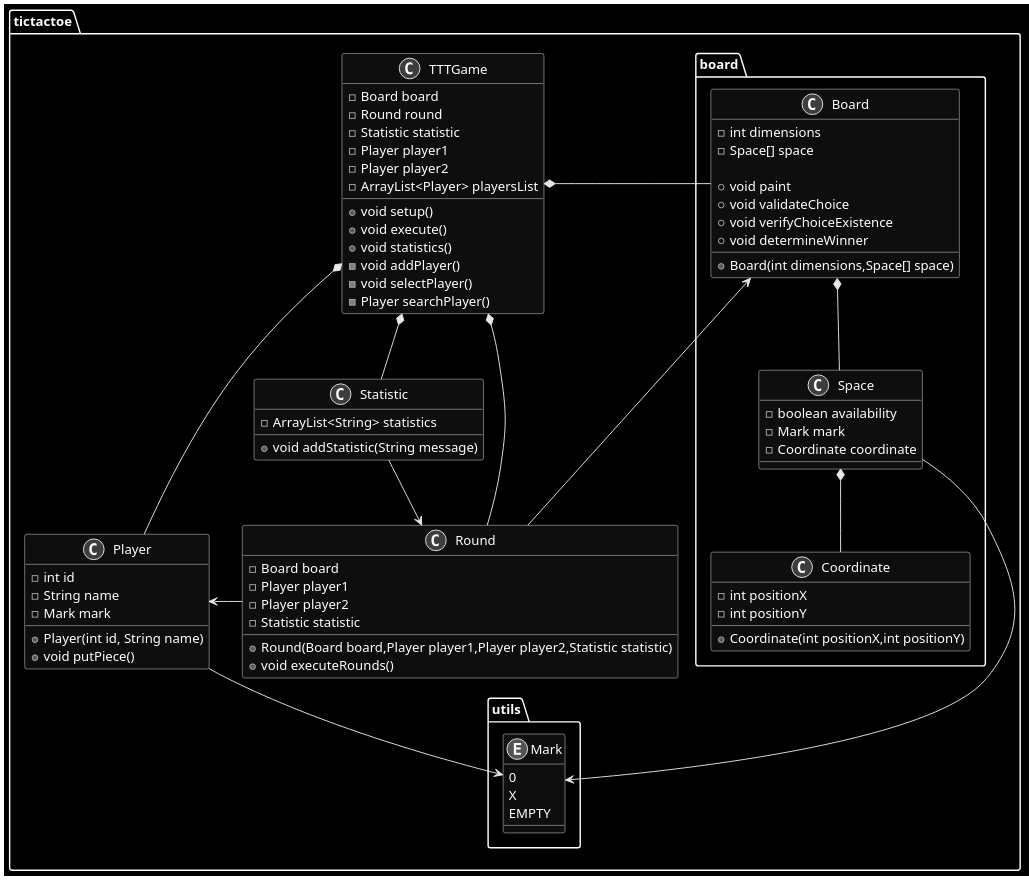
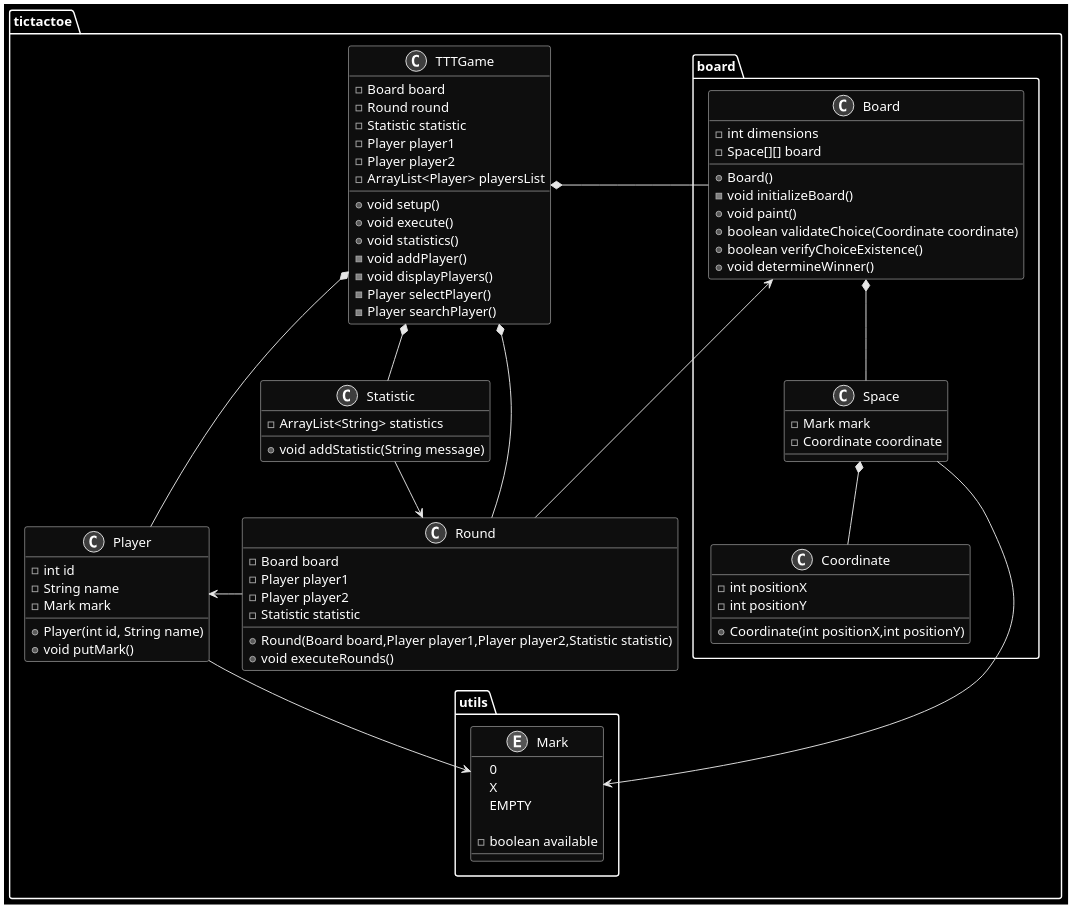
Before and after one commit to oliver-sierra-telus/DSU-TicTacToe: the diagram in docs/ClassModel.wsd, drawn with PlantUML.

Commit message:
Fix: class diagram functions

```diff
--- a/docs/ClassModel.wsd
+++ b/docs/ClassModel.wsd
@@ -1,99 +1,102 @@
 @startuml ClassModel
 
 skinparam monochrome reverse
 
 package tictactoe{
     class TTTGame{
         -Board board
         -Round round
         -Statistic statistic
         -Player player1
         -Player player2
         -ArrayList<Player> playersList
 
         +void setup()
         +void execute()
         +void statistics()
         -void addPlayer()
-        -void selectPlayer()
+        -void displayPlayers()
+        -Player selectPlayer()
         -Player searchPlayer()
     }
 
     class Player{
         -int id
         -String name
         -Mark mark
 
         +Player(int id, String name)
-        +void putPiece()
+        +void putMark()
     }
 
     class Round{
         -Board board
         -Player player1
         -Player player2
         -Statistic statistic
 
         +Round(Board board,Player player1,Player player2,Statistic statistic)
         +void executeRounds()
     }
 
     class Statistic{
         -ArrayList<String> statistics
 
         +void addStatistic(String message)
     }
 
     package board{
         class Board{
             -int dimensions
-            -Space[] space
+            -Space[][] board
 
-            +Board(int dimensions,Space[] space)
-            +void paint
-            +void validateChoice
-            +void verifyChoiceExistence
-            +void determineWinner
+            +Board()
+            -void initializeBoard()
+            +void paint()
+            +boolean validateChoice(Coordinate coordinate)
+            +boolean verifyChoiceExistence()
+            +void determineWinner()
         }
 
         class Space{
-            -boolean availability
             -Mark mark
             -Coordinate coordinate
         }
 
         class Coordinate{
             -int positionX
             -int positionY
 
             +Coordinate(int positionX,int positionY)
         }
     }
 
     package utils{
         enum Mark{
             0
             X
             EMPTY
+
+            -boolean available
         }
     }
 }
 
 TTTGame *-left- Board
 TTTGame *-- Player
 TTTGame *-- Round
 TTTGame *-- Statistic
 
 Board *-- Space
 
 Space *-- Coordinate
 
 Round -left-> Board
 Round -right-> Player
 
 Statistic --> Round
 
 Player --> Mark
 Space --> Mark
 
 @enduml
```
